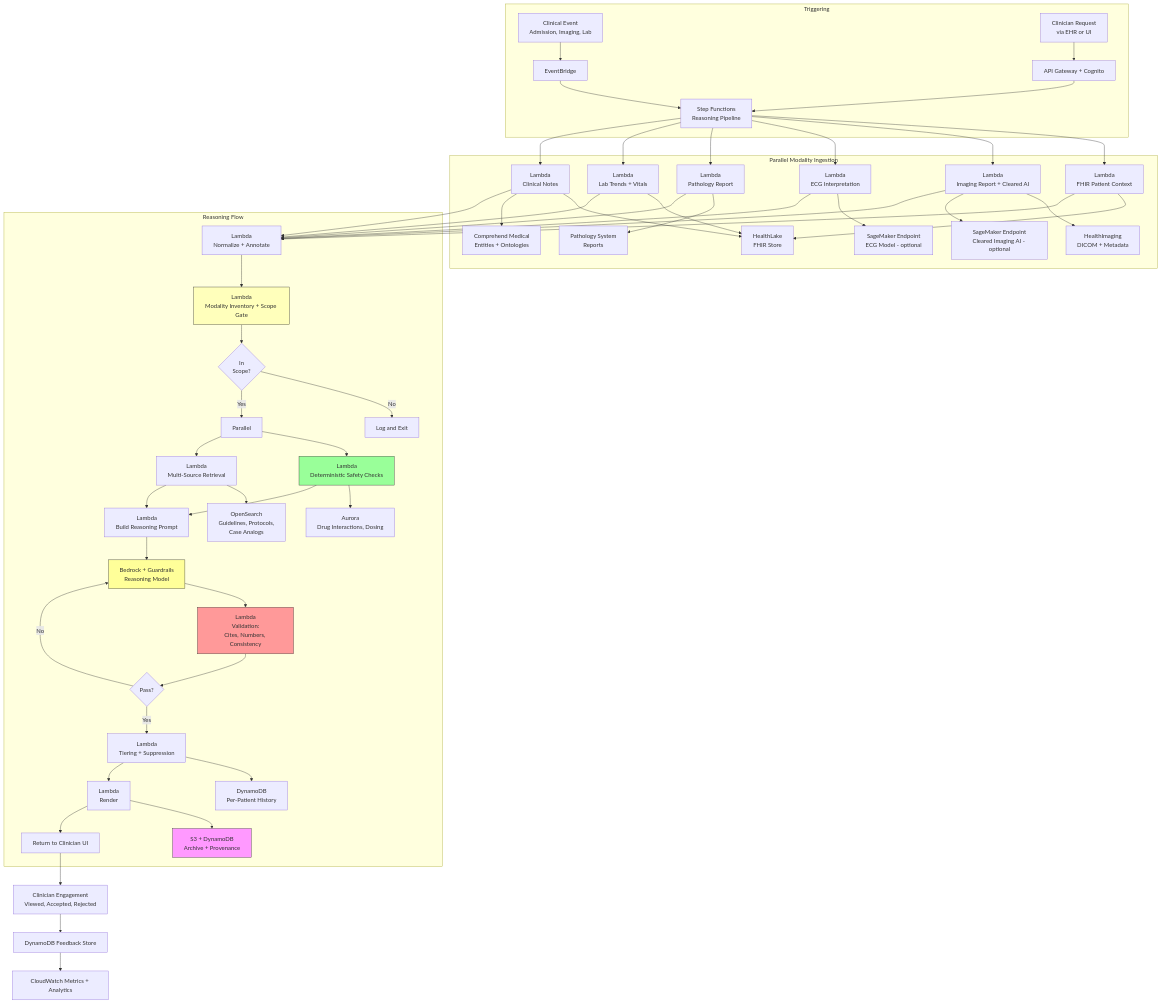
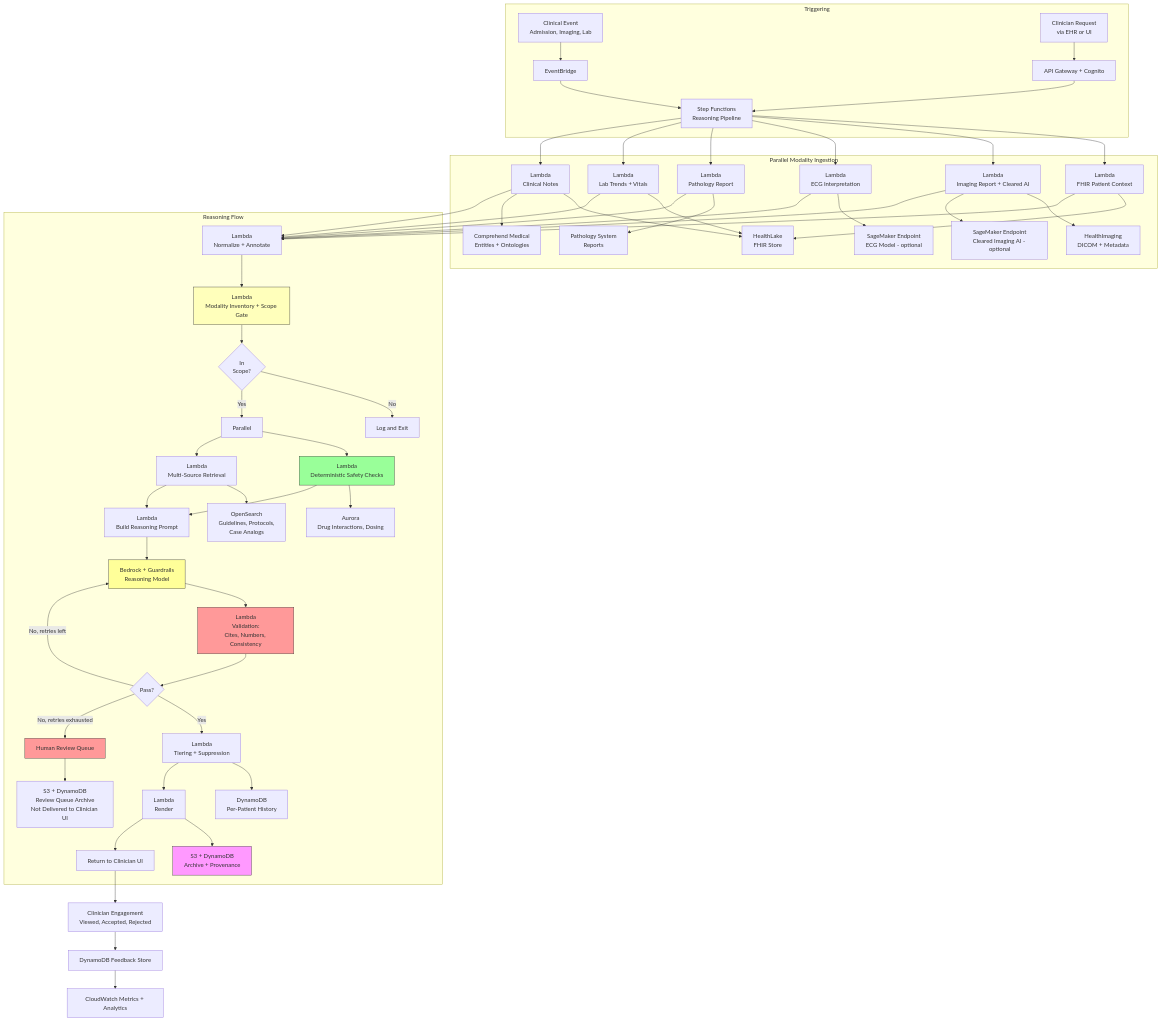
One commit to ccrngd1/HCLS-ai-book changed the diagram in chapter02.10-multi-modal-clinical-reasoning.md. Above: the diagram before and after it, drawn with Mermaid. The commit also changed other lines of this file and 3 other files, not shown here.

````diff
--- a/chapter02.10-multi-modal-clinical-reasoning.md
+++ b/chapter02.10-multi-modal-clinical-reasoning.md
@@ -248,64 +248,67 @@
 ```mermaid
 flowchart TB
     subgraph Triggers[Triggering]
         T1[Clinical Event<br/>Admission, Imaging, Lab] --> T2[EventBridge]
         T3[Clinician Request<br/>via EHR or UI] --> T4[API Gateway + Cognito]
         T2 --> SF
         T4 --> SF
     end
 
     subgraph Ingest[Parallel Modality Ingestion]
         SF[Step Functions<br/>Reasoning Pipeline] --> I1[Lambda<br/>FHIR Patient Context]
         SF --> I2[Lambda<br/>Imaging Report + Cleared AI]
         SF --> I3[Lambda<br/>ECG Interpretation]
         SF --> I4[Lambda<br/>Pathology Report]
         SF --> I5[Lambda<br/>Lab Trends + Vitals]
         SF --> I6[Lambda<br/>Clinical Notes]
         I1 --> HL[HealthLake<br/>FHIR Store]
         I2 --> HI[HealthImaging<br/>DICOM + Metadata]
         I2 --> SM1[SageMaker Endpoint<br/>Cleared Imaging AI - optional]
         I3 --> SM2[SageMaker Endpoint<br/>ECG Model - optional]
         I4 --> PACS[Pathology System<br/>Reports]
         I5 --> HL
         I6 --> HL
         I6 --> CM[Comprehend Medical<br/>Entities + Ontologies]
     end
 
     subgraph Reason[Reasoning Flow]
         I1 --> N[Lambda<br/>Normalize + Annotate]
         I2 --> N
         I3 --> N
         I4 --> N
         I5 --> N
         I6 --> N
         N --> INV[Lambda<br/>Modality Inventory + Scope Gate]
         INV --> GATE{In<br/>Scope?}
         GATE -->|No| LX[Log and Exit]
         GATE -->|Yes| PAR[Parallel]
         PAR --> SAFE[Lambda<br/>Deterministic Safety Checks]
         PAR --> RET[Lambda<br/>Multi-Source Retrieval]
         SAFE --> AUR[Aurora<br/>Drug Interactions, Dosing]
         RET --> OS[OpenSearch<br/>Guidelines, Protocols,<br/>Case Analogs]
         SAFE --> PROMPT[Lambda<br/>Build Reasoning Prompt]
         RET --> PROMPT
         PROMPT --> GEN[Bedrock + Guardrails<br/>Reasoning Model]
         GEN --> VAL[Lambda<br/>Validation:<br/>Cites, Numbers, Consistency]
         VAL --> RCHK{Pass?}
-        RCHK -->|No| GEN
         RCHK -->|Yes| TIER[Lambda<br/>Tiering + Suppression]
+        RCHK -->|No, retries left| GEN
+        RCHK -->|No, retries exhausted| HRQ[Human Review Queue]
+        HRQ --> HRS[S3 + DynamoDB<br/>Review Queue Archive<br/>Not Delivered to Clinician UI]
         TIER --> DYN[DynamoDB<br/>Per-Patient History]
         TIER --> REND[Lambda<br/>Render]
         REND --> ARCH[S3 + DynamoDB<br/>Archive + Provenance]
         REND --> UI[Return to Clinician UI]
     end
 
     UI --> E1[Clinician Engagement<br/>Viewed, Accepted, Rejected]
     E1 --> E2[DynamoDB Feedback Store]
     E2 --> E3[CloudWatch Metrics + Analytics]
 
     style GEN fill:#ff9,stroke:#333
     style VAL fill:#f99,stroke:#333
     style SAFE fill:#9f9,stroke:#333
     style INV fill:#ffb,stroke:#333
     style ARCH fill:#f9f,stroke:#333
+    style HRQ fill:#f99,stroke:#333
 ```
````
